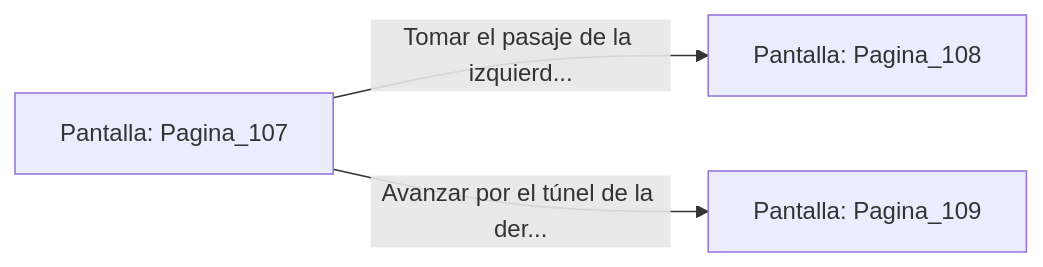
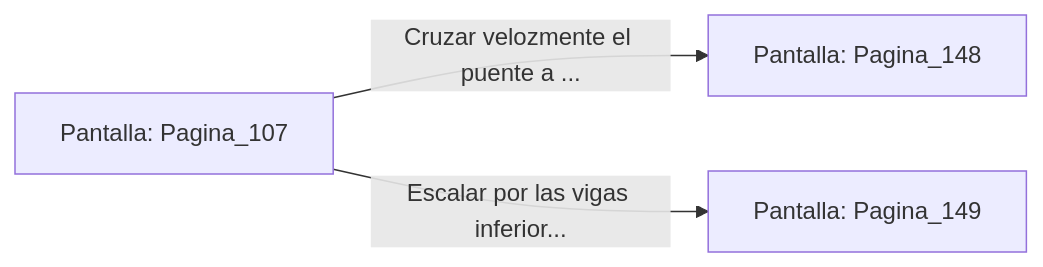
Before and after one commit to metsuke/mpl: the diagram in sample/eligejuego-vault/Pantalla_Pagina_107.md, drawn with Mermaid. The commit also changed other lines of this file and 635 other files, not shown here.

First line of the commit message:
fix: añadir Pagina_1 como pantalla inicial en capitulo_01.mpl

````diff
--- a/sample/eligejuego-vault/Pantalla_Pagina_107.md
+++ b/sample/eligejuego-vault/Pantalla_Pagina_107.md
@@ -20,6 +24,6 @@
 ```mermaid
 graph LR
     P_Pagina_107["Pantalla: Pagina_107"]
-    P_Pagina_107 -->|"Tomar el pasaje de la izquierd..."| P_Pagina_108["Pantalla: Pagina_108"]
-    P_Pagina_107 -->|"Avanzar por el túnel de la der..."| P_Pagina_109["Pantalla: Pagina_109"]
+    P_Pagina_107 -->|"Cruzar velozmente el puente a ..."| P_Pagina_148["Pantalla: Pagina_148"]
+    P_Pagina_107 -->|"Escalar por las vigas inferior..."| P_Pagina_149["Pantalla: Pagina_149"]
 ```
````
